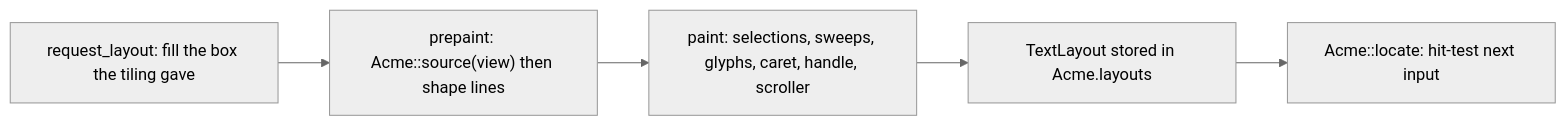
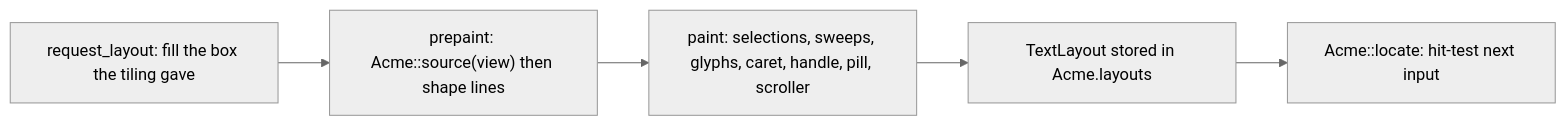
The third of 3 diagrams in docs/wiki/client.md (mariusae/apex), drawn with Mermaid (neutral theme) before and after one commit. The commit also changed other lines of this file and 137 other files, not shown here.

````diff
--- a/docs/wiki/client.md
+++ b/docs/wiki/client.md
@@ -209,9 +210,9 @@
 ```mermaid
 flowchart LR
     RL["request_layout: fill the box the tiling gave"]
     PP["prepaint: Acme::source(view) then shape lines"]
-    P["paint: selections, sweeps, glyphs, caret, handle, scroller"]
+    P["paint: selections, sweeps, glyphs, caret, handle, pill, scroller"]
     TL["TextLayout stored in Acme.layouts"]
     HT["Acme::locate: hit-test next input"]
     RL --> PP --> P --> TL --> HT
 ```
````
